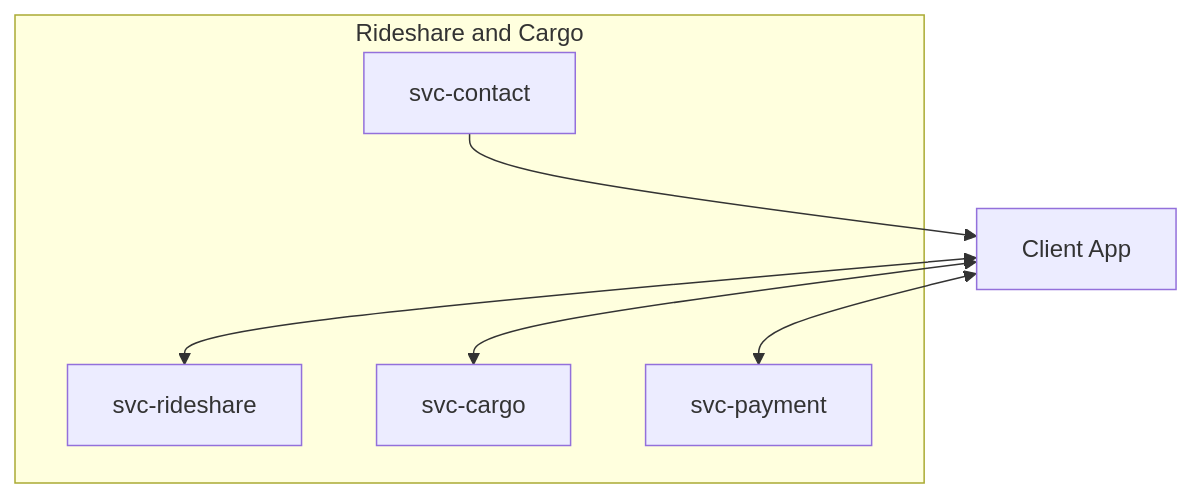
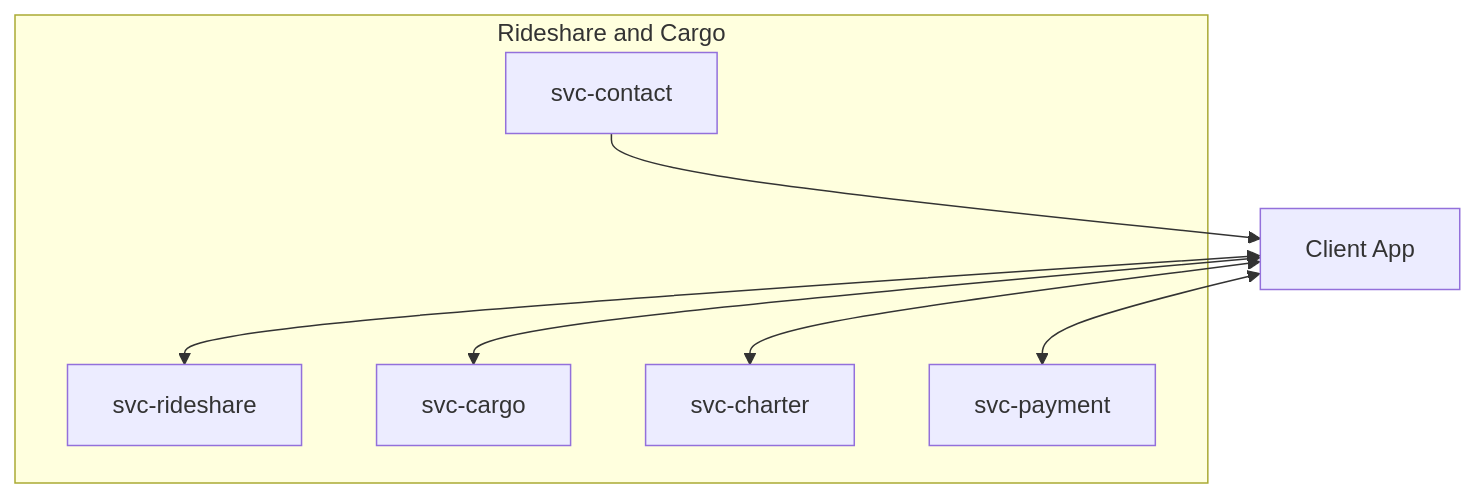
One commit to aetheric-oss/se-services changed the sixth of 6 diagrams in docs/conops.md. Above: the diagram before and after it, drawn with Mermaid. The commit also changed other lines of this file, not shown here.

Commit message:
Add svc-charter

````diff
--- a/docs/conops.md
+++ b/docs/conops.md
@@ -242,14 +244,16 @@
 ```mermaid
 flowchart TB
 subgraph Rideshare and Cargo
 	share[svc-rideshare]
 	cargo[svc-cargo]
+    charter[svc-charter]
 	pay[svc-payment]
 	contact[svc-contact]
 end
 
 customer[Client App] <--> share
 customer <--> cargo
+customer <--> charter
 customer <--> pay
 contact --> customer
 ```
````
